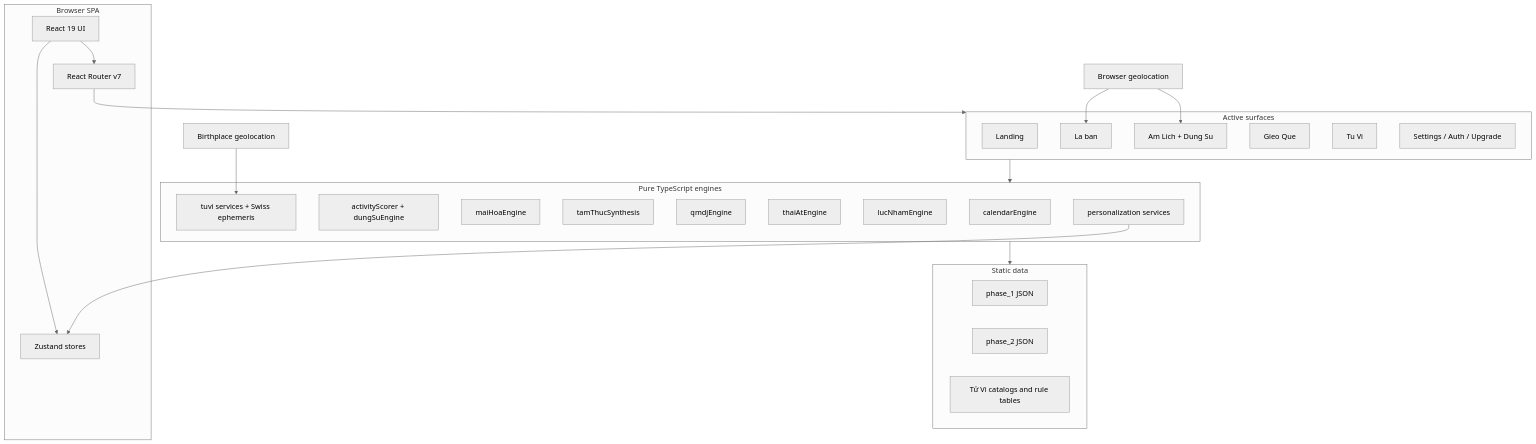
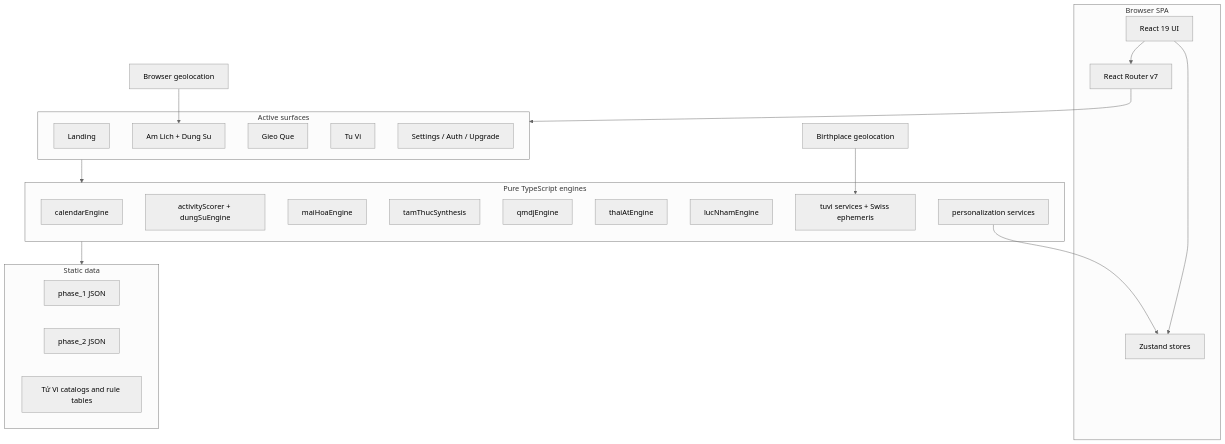
Before and after one commit to jakessteve/lich-viet: the diagram in README.md, drawn with Mermaid (neutral theme). The commit also changed other lines of this file and 25 other files, not shown here.

````diff
--- a/README.md
+++ b/README.md
@@ -49,46 +46,44 @@
 ```mermaid
 graph TB
     subgraph Browser["Browser SPA"]
         UI["React 19 UI"]
         Router["React Router v7"]
         Stores["Zustand stores"]
     end
 
     subgraph Surfaces["Active surfaces"]
         Landing["Landing"]
         AmLich["Am Lich + Dung Su"]
-        LaBan["La ban"]
         GieoQue["Gieo Que"]
         TuVi["Tu Vi"]
         Support["Settings / Auth / Upgrade"]
     end
 
     subgraph Engines["Pure TypeScript engines"]
         Calendar["calendarEngine"]
         DungSu["activityScorer + dungSuEngine"]
         MaiHoa["maiHoaEngine"]
         TamThuc["tamThucSynthesis"]
         QMDJ["qmdjEngine"]
         ThaiAt["thaiAtEngine"]
         LucNham["lucNhamEngine"]
         TuViEng["tuvi services + Swiss ephemeris"]
         Personal["personalization services"]
     end
 
     subgraph Data["Static data"]
         Phase1["phase_1 JSON"]
         Phase2["phase_2 JSON"]
         TuViData["Tử Vi catalogs and rule tables"]
     end
 
     Geo["Browser geolocation"]
     Birth["Birthplace geolocation"]
 
     UI --> Router --> Surfaces
     UI --> Stores
     Surfaces --> Engines --> Data
     Geo --> AmLich
-    Geo --> LaBan
     Birth --> TuViEng
     Personal --> Stores
 ```
````
